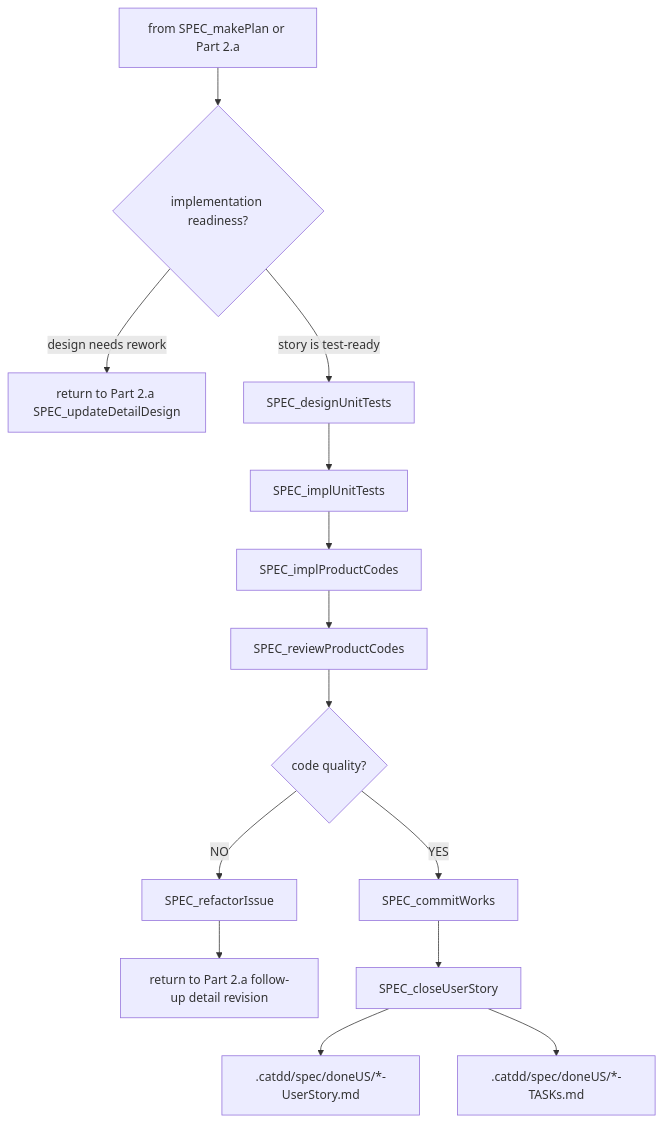
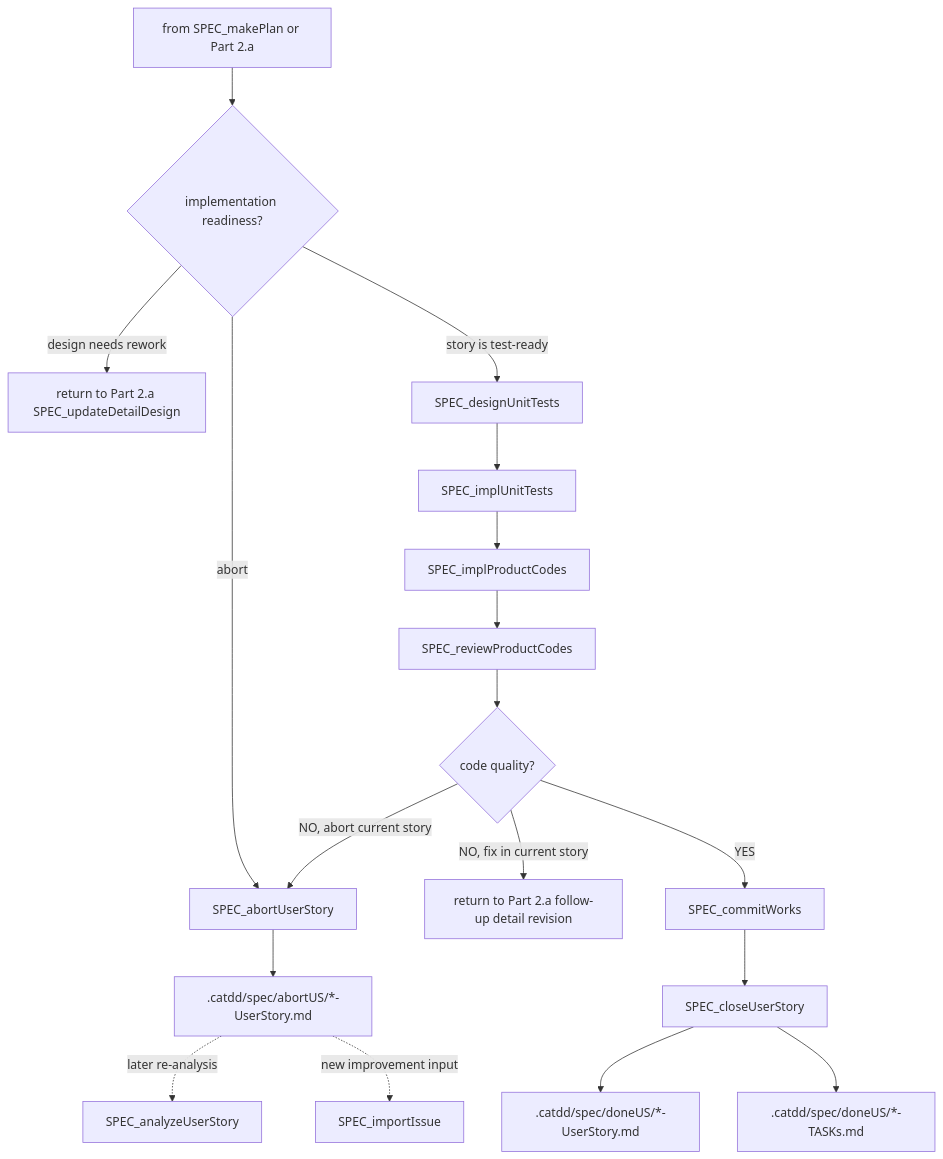
The third of 3 diagrams in slashCommands/flows/Px-SpecFlow.md (EnigmaWU/MyCaTDD), drawn with Mermaid before and after one commit. The commit also changed other lines of this file and 31 other files, not shown here.

First line of the commit message:
specflow: replace refactor routing with story abort

````diff
--- a/slashCommands/flows/Px-SpecFlow.md
+++ b/slashCommands/flows/Px-SpecFlow.md
@@ -227,18 +238,22 @@
 ```mermaid
 flowchart TB
     Part2b["from SPEC_makePlan or Part 2.a"] --> ImplementationChoice{"implementation readiness?"}
     ImplementationChoice -- "design needs rework" --> ReviewStoryRef["return to Part 2.a SPEC_updateDetailDesign"]
+    ImplementationChoice -- "abort" --> Abort2b["SPEC_abortUserStory"]
     ImplementationChoice -- "story is test-ready" --> DesignTests["SPEC_designUnitTests"]
 
     DesignTests --> ImplTests["SPEC_implUnitTests"]
     ImplTests --> ImplCode["SPEC_implProductCodes"]
     ImplCode --> ReviewCode["SPEC_reviewProductCodes"]
     ReviewCode --> QualityCode{"code quality?"}
 
-    QualityCode -- "NO" --> Refactor["SPEC_refactorIssue"]
-    Refactor --> DesignRework["return to Part 2.a follow-up detail revision"]
+    QualityCode -- "NO, fix in current story" --> DesignRework["return to Part 2.a follow-up detail revision"]
+    QualityCode -- "NO, abort current story" --> Abort2b
     QualityCode -- "YES" --> Commit["SPEC_commitWorks"]
     Commit --> Close["SPEC_closeUserStory"]
     Close --> Done[".catdd/spec/doneUS/*-UserStory.md"]
     Close --> DoneTasks[".catdd/spec/doneUS/*-TASKs.md"]
+    Abort2b --> AbortUS2b[".catdd/spec/abortUS/*-UserStory.md"]
+    AbortUS2b -. "later re-analysis" .-> AnalyzeAbort2b["SPEC_analyzeUserStory"]
+    AbortUS2b -. "new improvement input" .-> ImportIssue2b["SPEC_importIssue"]
 ```
````
